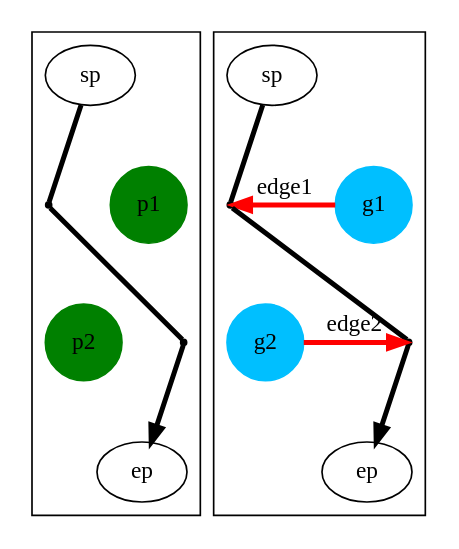
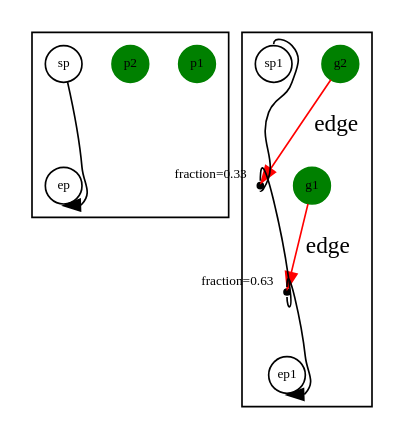
One commit to pgRouting/pgrouting changed the second of 2 diagrams in doc/utilities/pgr_findCloseEdges.rst. Above: the diagram before and after it, drawn with Graphviz. The commit also changed other lines of this file and 16 other files, not shown here.

```diff
--- a/doc/utilities/pgr_findCloseEdges.rst
+++ b/doc/utilities/pgr_findCloseEdges.rst
@@ -297,43 +297,36 @@
 .. graphviz::
 
    digraph G {
-     splines = false;
      subgraph cluster0 {
-        p1 [shape=circle;style=filled;color=green];
-        g1 [shape=point;color=black;size=0];
-        g2 [shape=point;color=black;size=0];
-        sp, ep;
-        p2 [shape=circle;style=filled;color=green];
+       p1,p2 [shape=circle;style=filled;color=green;fontsize=8;width=0.3;fixedsize=true];
+       p1 [pos="0,2!"]
+       p2 [pos="3,1!"]
 
-        sp -> g1 [dir=none;weight=1, penwidth=3 ];
-        g1 -> g2 [dir=none;weight=1, penwidth=3 ];
-        g2 -> ep [weight=1, penwidth=3 ];
+       sp, ep [shape=circle;fontsize=8;width=0.3;fixedsize=true];
+       sp[pos="1,0!"]
+       ep[pos="1,3!"]
 
-        g2 -> p2 [dir=none;weight=0, penwidth=0, color=red, partiallen=3];
-        p1 -> g1 [dir=none;weight=0, penwidth=0, color=red, partiallen=3];
-        p1 -> {g1, g2} [dir=none;weight=0, penwidth=0, color=red;]
+       sp -> ep:s
+     }
 
-        {rank=same; p1; g1}
-        {rank=same; p2; g2}
-     }
      subgraph cluster1 {
-        p3 [shape=circle;style=filled;color=deepskyblue;label=g1];
-        g3 [shape=point;color=black;size=0];
-        g4 [shape=point;color=black;size=0];
-        sp1 [label=sp]; ep1 [label=ep];
-        p4 [shape=circle;style=filled;color=deepskyblue;label=g2];
+       g1, g2 [shape=circle;style=filled;color=green;fontsize=8;width=0.3;fixedsize=true];
+       g1 [pos="4,2!"]
+       g2 [pos="7,1!"]
 
-        sp1 -> g3 [dir=none;weight=1, penwidth=3 ];
-        g3 -> g4 [dir=none;weight=1, penwidth=3,len=10];
-        g4 -> ep1 [weight=1, penwidth=3, len=10];
+       np11,np21 [shape=point;color=black;size=0;fontsize=8;fixedsize=true];
+       np11 [pos="5,2!";xlabel="fraction=0.63"];
+       np21 [pos="5,1!";xlabel="fraction=0.33"];
 
-        g4 -> p4 [dir=back;weight=0, penwidth=3, color=red, partiallen=3,
-                       label="edge2"];
-        p3 -> g3 [weight=0, penwidth=3, color=red, partiallen=3,
-                       label="edge1"];
-        p3 -> {g3, g4} [dir=none;weight=0, penwidth=0, color=red];
+       sp1, ep1 [shape=circle;fontsize=8;width=0.3;fixedsize=true];
+       sp1[pos="5,0!"]
+       ep1[pos="5,3!"]
 
-        {rank=same; p3; g3}
-        {rank=same; p4; g4}
+       sp1:n ->  np21:s [dir=none]
+       np21:n ->  np11:s [dir=none]
+       np11:n -> ep1:s
+
+       g1 -> np11 [color=red;label="edge"];
+       g2 -> np21 [color=red;label="edge"]
      }
    }
```
